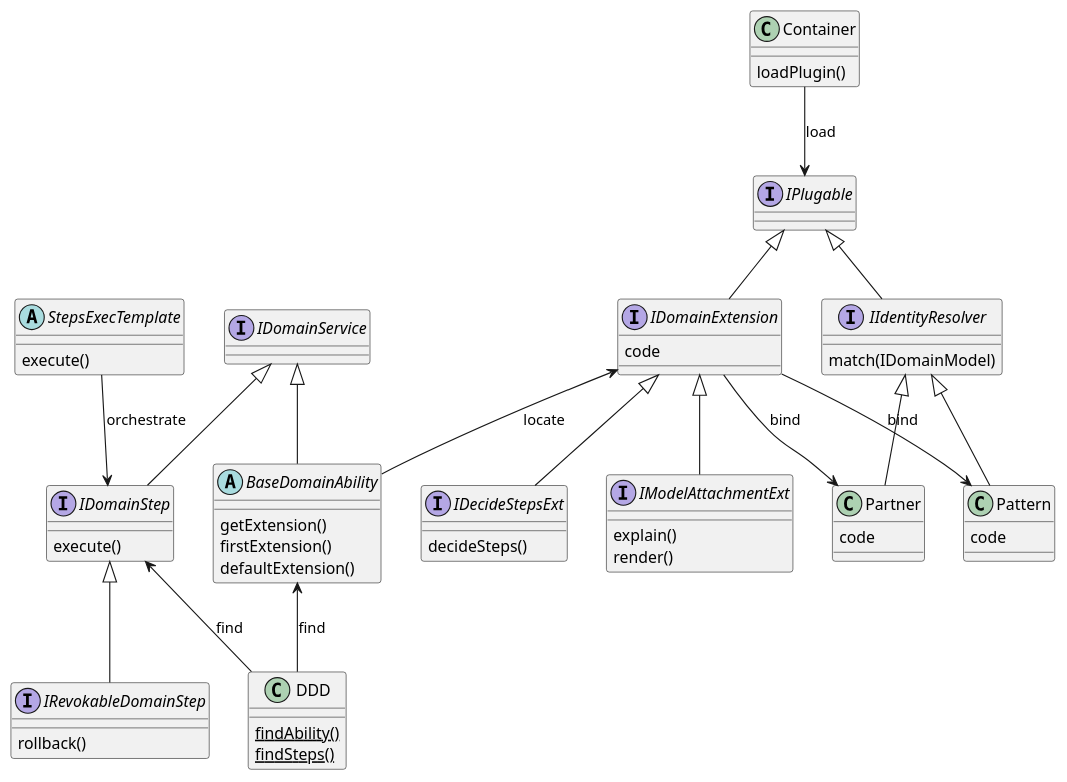
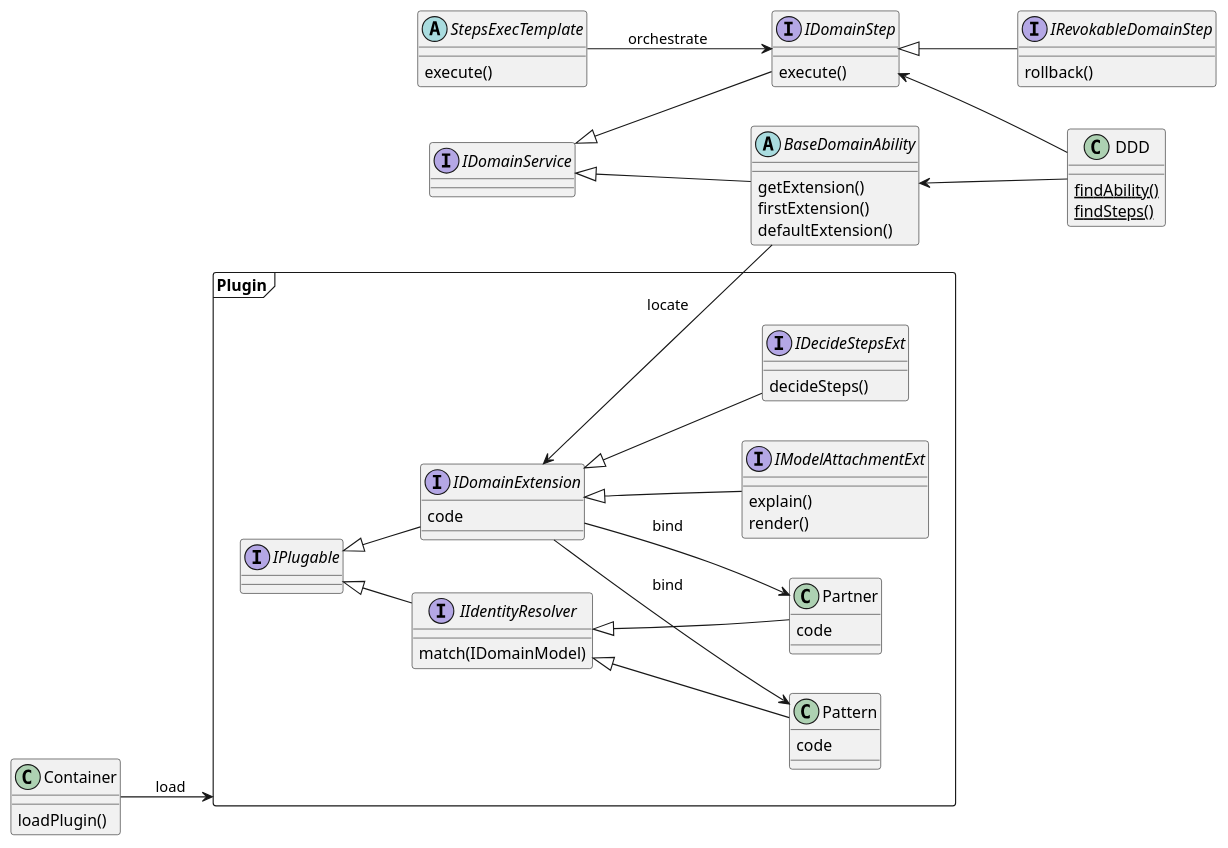
Before and after one commit to funkygao/cp-ddd-framework: the diagram in doc/classes.puml, drawn with PlantUML. The commit also changed 1 other file, not shown here.

Commit message:
tweak of the class diagram

```diff
--- a/doc/classes.puml
+++ b/doc/classes.puml
@@ -1,58 +1,63 @@
 @startuml
 skinparam handwritten false
 skinparam shadowing<<with_shadow>> true
-' left to right direction
+left to right direction
+
+package Plugin <<Frame>> {
+    interface IIdentityResolver
+    interface IDomainExtension
+    interface IPlugable
+    interface IModelAttachmentExt
+    interface IDecideStepsExt
+    class Pattern
+    class Partner
+}
 
 interface IDomainService
 interface IDomainStep
 IDomainStep : execute()
-interface IDecideStepsExt
 interface IRevokableDomainStep
 IRevokableDomainStep : rollback()
-interface IIdentityResolver
-interface IDomainExtension
-interface IPlugable
 IPlugable <|-- IDomainExtension
 IPlugable <|-- IIdentityResolver
-interface IModelAttachmentExt
 IModelAttachmentExt : explain()
 IModelAttachmentExt : render()
 abstract StepsExecTemplate
 abstract BaseDomainAbility
 BaseDomainAbility : getExtension()
 BaseDomainAbility : firstExtension()
 BaseDomainAbility : defaultExtension()
 StepsExecTemplate : execute()
 DDD : {static} findAbility()
 DDD : {static} findSteps()
 IDecideStepsExt : decideSteps()
 IIdentityResolver : match(IDomainModel)
 
 IDomainService <|-- IDomainStep
 IDomainStep <|-- IRevokableDomainStep
 IDomainService <|-- BaseDomainAbility
 
 IDomainExtension <|-- IDecideStepsExt
 IDomainExtension <|-- IModelAttachmentExt
 
 IIdentityResolver <|-- Pattern
 IIdentityResolver <|-- Partner
 
-BaseDomainAbility <-- DDD: find
-IDomainStep <-- DDD: find
+BaseDomainAbility <-- DDD
+IDomainStep <-- DDD
 
 IDomainExtension <-- BaseDomainAbility: locate
 
 IDomainExtension --> Pattern: bind
 IDomainExtension --> Partner: bind
 
 Container : loadPlugin()
 
-Container --> IPlugable : load
+Container --> Plugin : load
 
 Partner : code
 Pattern : code
 IDomainExtension : code
 
 StepsExecTemplate --> IDomainStep: orchestrate
 @enduml
```
